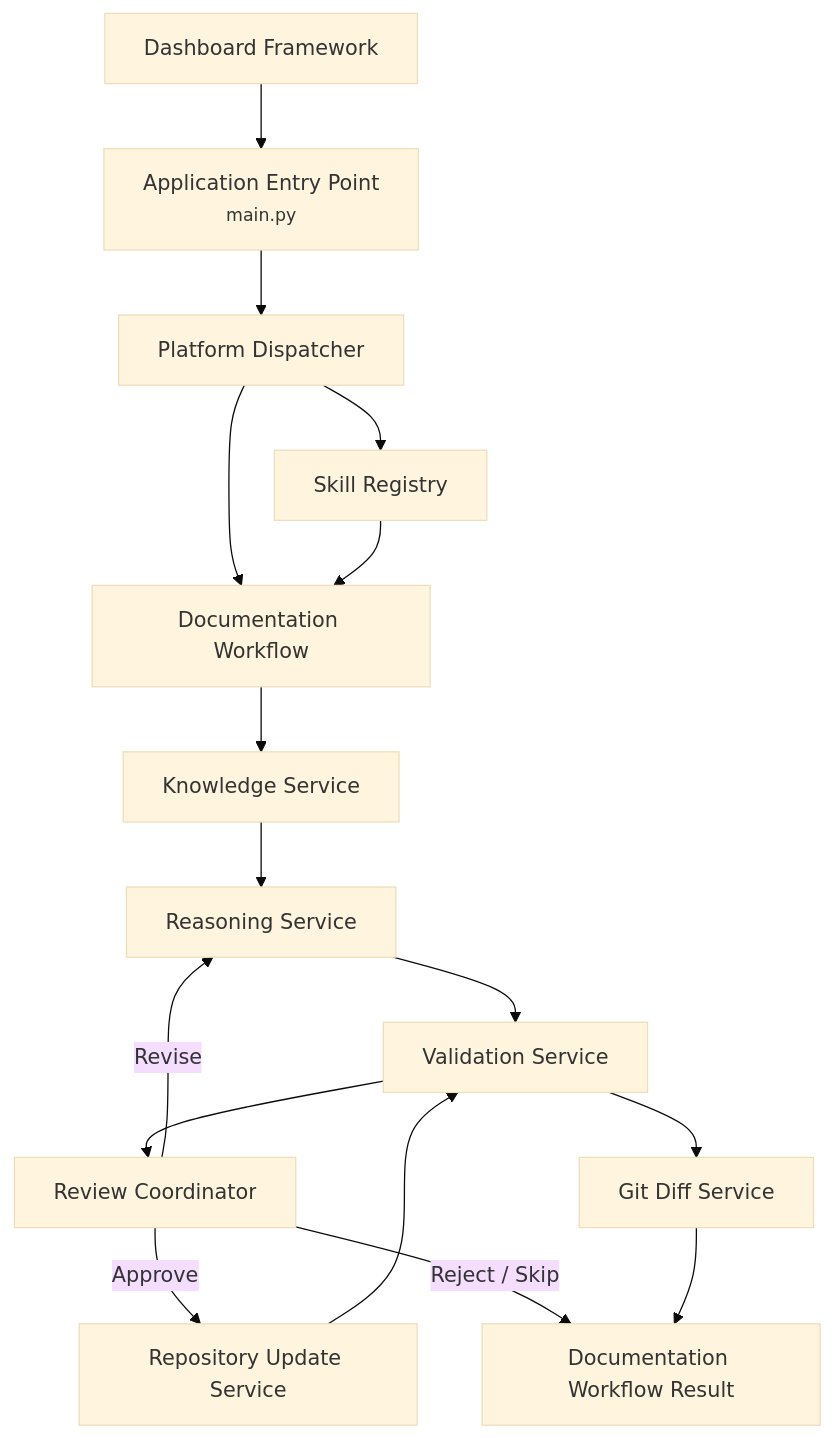
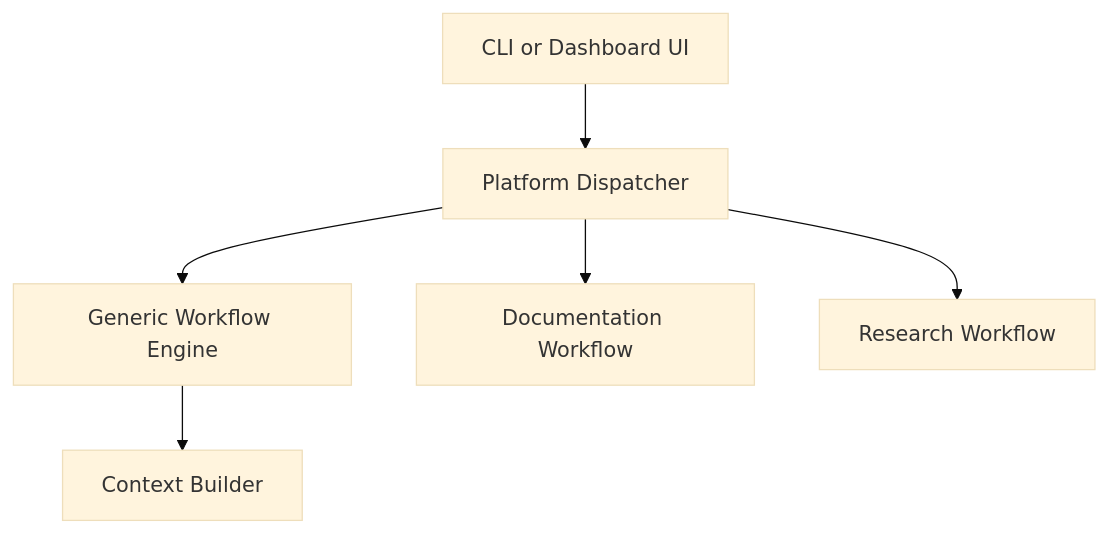
One commit to pgailinas/project0 changed the diagram in docs/platform/Component_Communication_Design.md. Above: the diagram before and after it, drawn with Mermaid (base theme). The commit also changed other lines of this file and 10 other files, not shown here.

Commit message:
Update all Project0 Platform documentation

````diff
--- a/docs/platform/Component_Communication_Design.md
+++ b/docs/platform/Component_Communication_Design.md
@@ -104,34 +70,8 @@
 ```mermaid
 flowchart TD
-    UI["Dashboard Framework"]
-    A["Application Entry Point<br/><small>main.py</small>"]
-    B["Platform Dispatcher"]
-    C["Documentation Workflow"]
-    S["Skill Registry"]
-
-    D["Knowledge Service"]
-    E["Reasoning Service"]
-    F["Validation Service"]
-    G["Review Coordinator"]
-    H["Repository Update Service"]
-    I["Git Diff Service"]
-    J["Documentation Workflow Result"]
-
-    UI --> A
-    A --> B
-    B --> C
-    B --> S
-    S --> C
-    C --> D
-    D --> E
-    E --> F
-    F --> G
-
-    G -->|Approve| H
-    G -->|Reject / Skip| J
-    G -->|Revise| E
-
-    H --> F
-    F --> I
-    I --> J
+    Entry["CLI or Dashboard UI"] --> Dispatcher["Platform Dispatcher"]
+    Dispatcher --> Engine["Generic Workflow Engine"]
+    Engine --> Context["Context Builder"]
+    Dispatcher --> Documentation["Documentation Workflow"]
+    Dispatcher --> Research["Research Workflow"]
 ```
````
